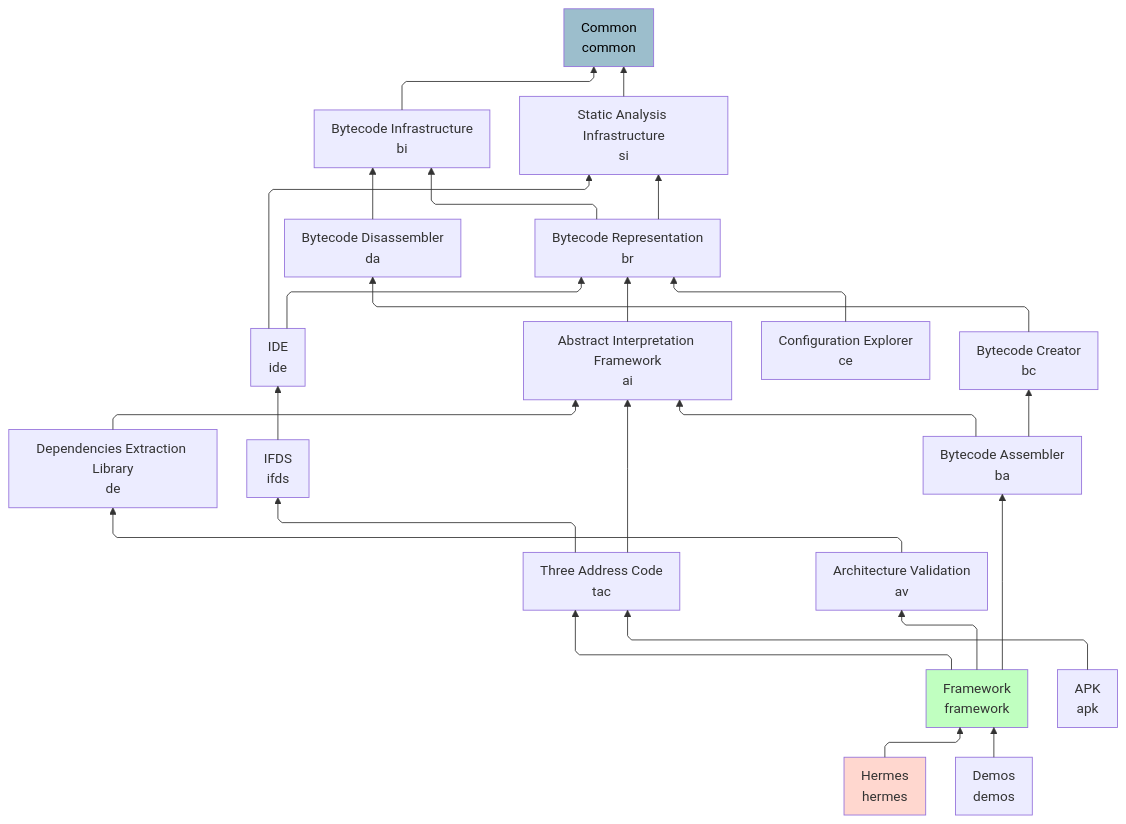
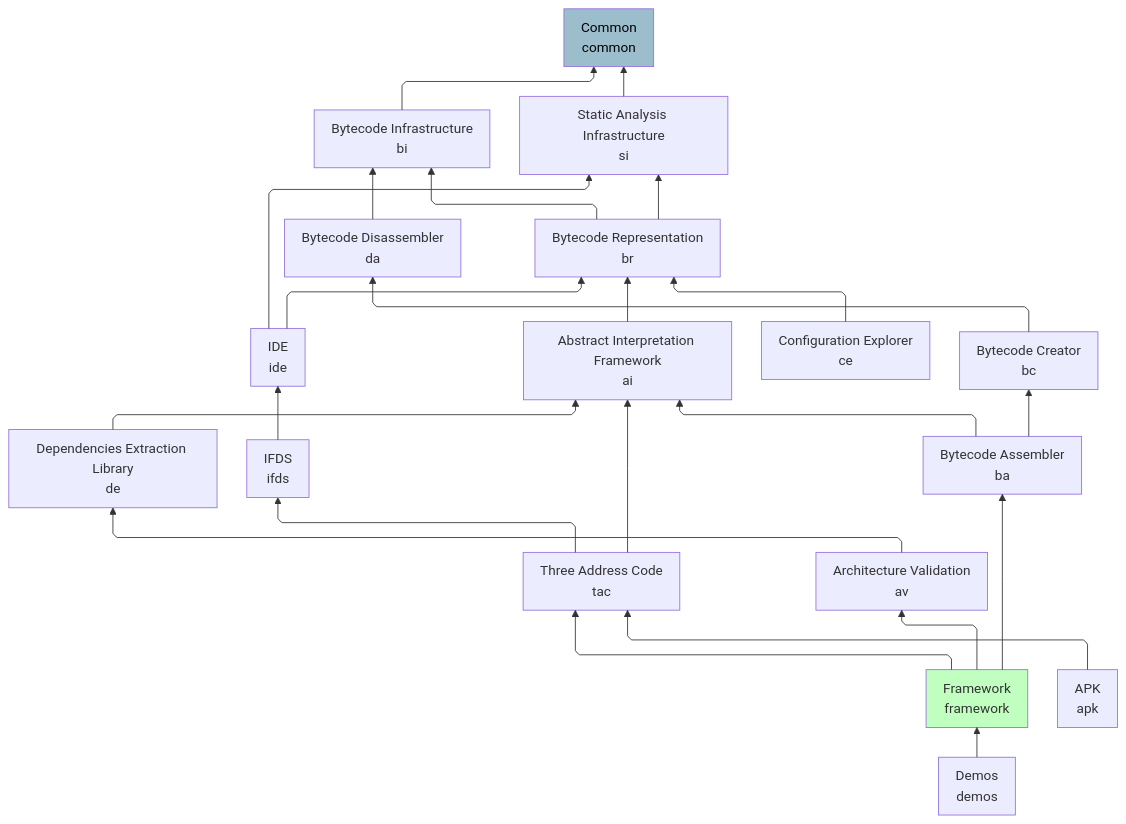
Before and after one commit to opalj/opal: the diagram in OPAL/ProjectDependencies.mmd, drawn with Mermaid. The commit also changed 113 other files, not shown here.

```diff
--- a/OPAL/ProjectDependencies.mmd
+++ b/OPAL/ProjectDependencies.mmd
@@ -1,48 +1,45 @@
 %%{ init: { 'flowchart': { 'defaultRenderer': 'elk', 'curve': 'linear', 'padding': 10, 'wrappingWidth': 205 } } }%%
 flowchart BT
     Framework[Framework<br>framework]
     ThreeAddressCode[Three Address Code<br>tac]
     APK[APK<br>apk]
     DependenciesExtractionLibrary[Dependencies Extraction Library<br>de]
     IDE[IDE<br>ide]
     BytecodeInfrastructure[Bytecode Infrastructure<br>bi]
     AbstractInterpretationFramework[Abstract Interpretation Framework<br>ai]
-    Hermes[Hermes<br>hermes]
     ConfigurationExplorer[Configuration Explorer<br>ce]
     Common[Common<br>common]
     BytecodeDisassembler[Bytecode Disassembler<br>da]
     StaticAnalysisInfrastructure[Static Analysis Infrastructure<br>si]
     IFDS[IFDS<br>ifds]
     BytecodeRepresentation[Bytecode Representation<br>br]
     BytecodeAssembler[Bytecode Assembler<br>ba]
     ArchitectureValidation[Architecture Validation<br>av]
     Demos[Demos<br>demos]
     BytecodeCreator[Bytecode Creator<br>bc]
 
     style Common fill:#9cbecc,color:black
     style Framework fill:#c0ffc0
-    style Hermes fill:#ffd7cf
 
     Framework --> BytecodeAssembler
     Framework --> ArchitectureValidation
     Framework --> ThreeAddressCode
     ThreeAddressCode --> AbstractInterpretationFramework
     ThreeAddressCode --> IFDS
     APK --> ThreeAddressCode
     DependenciesExtractionLibrary --> AbstractInterpretationFramework
     IDE --> StaticAnalysisInfrastructure
     IDE --> BytecodeRepresentation
     BytecodeInfrastructure --> Common
     AbstractInterpretationFramework --> BytecodeRepresentation
-    Hermes --> Framework
     ConfigurationExplorer --> BytecodeRepresentation
     BytecodeDisassembler --> BytecodeInfrastructure
     StaticAnalysisInfrastructure --> Common
     IFDS --> IDE
     BytecodeRepresentation --> StaticAnalysisInfrastructure
     BytecodeRepresentation --> BytecodeInfrastructure
     BytecodeAssembler --> BytecodeCreator
     BytecodeAssembler --> AbstractInterpretationFramework
     ArchitectureValidation --> DependenciesExtractionLibrary
     Demos --> Framework
     BytecodeCreator --> BytecodeDisassembler
```
